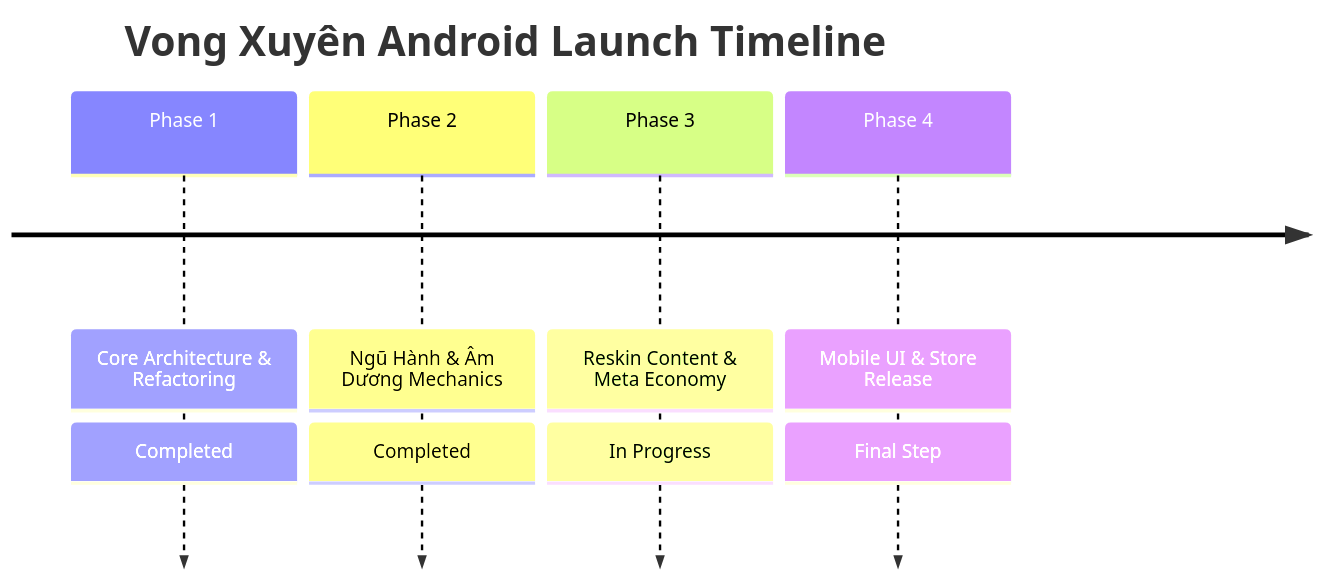
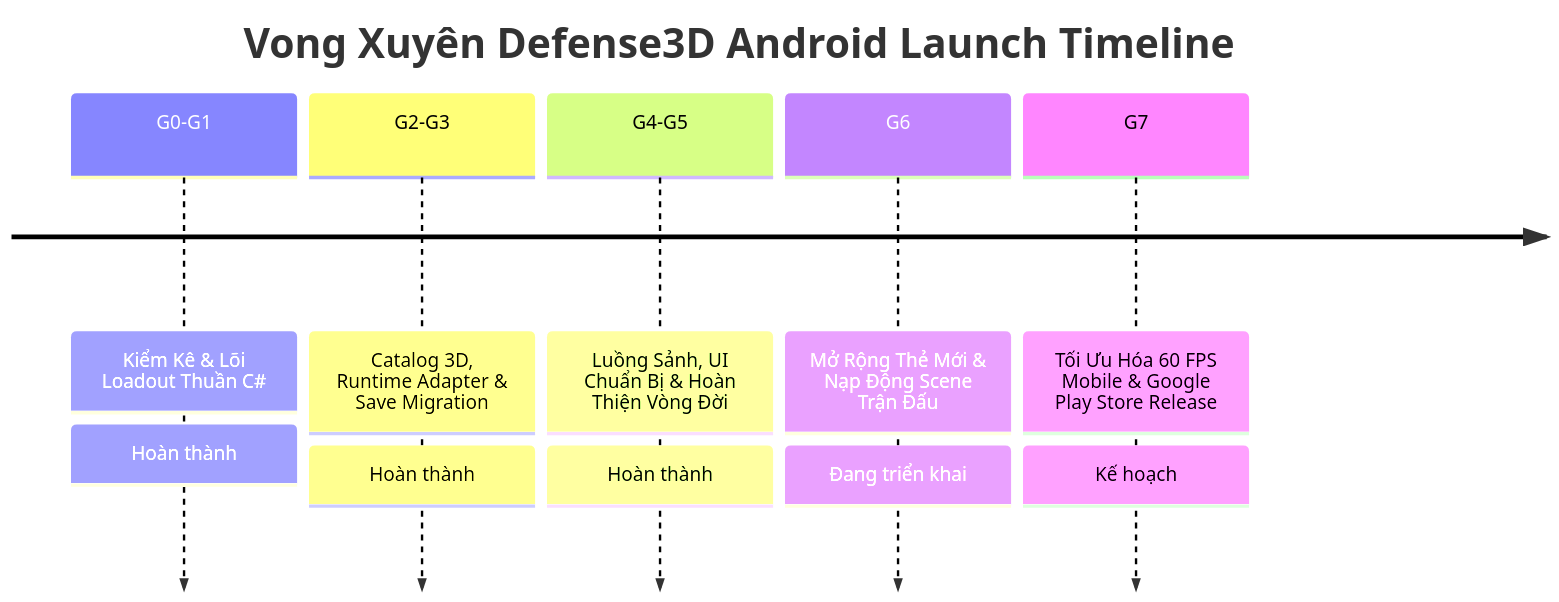
One commit to thuongtran1210/Projectzombie changed the diagram in ProjectManagement/ROADMAP.md. Above: the diagram before and after it, drawn with Mermaid. The commit also changed other lines of this file and 8 other files, not shown here.

Commit message:
docs(project): cap nhat Task roadmap G6-G7, Single Source of Truth va Migration Status

````diff
--- a/ProjectManagement/ROADMAP.md
+++ b/ProjectManagement/ROADMAP.md
@@ -11,8 +12,9 @@
 ```mermaid
 timeline
-    title Vong Xuyên Android Launch Timeline
-    Phase 1 : Core Architecture & Refactoring : Completed
-    Phase 2 : Ngũ Hành & Âm Dương Mechanics : Completed
-    Phase 3 : Reskin Content & Meta Economy : In Progress
-    Phase 4 : Mobile UI & Store Release : Final Step
+    title Vong Xuyên Defense3D Android Launch Timeline
+    G0-G1 : Kiểm Kê & Lõi Loadout Thuần C# : Hoàn thành
+    G2-G3 : Catalog 3D, Runtime Adapter & Save Migration : Hoàn thành
+    G4-G5 : Luồng Sảnh, UI Chuẩn Bị & Hoàn Thiện Vòng Đời : Hoàn thành
+    G6 : Mở Rộng Thẻ Mới & Nạp Động Scene Trận Đấu : Đang triển khai
+    G7 : Tối Ưu Hóa 60 FPS Mobile & Google Play Store Release : Kế hoạch
 ```
````
